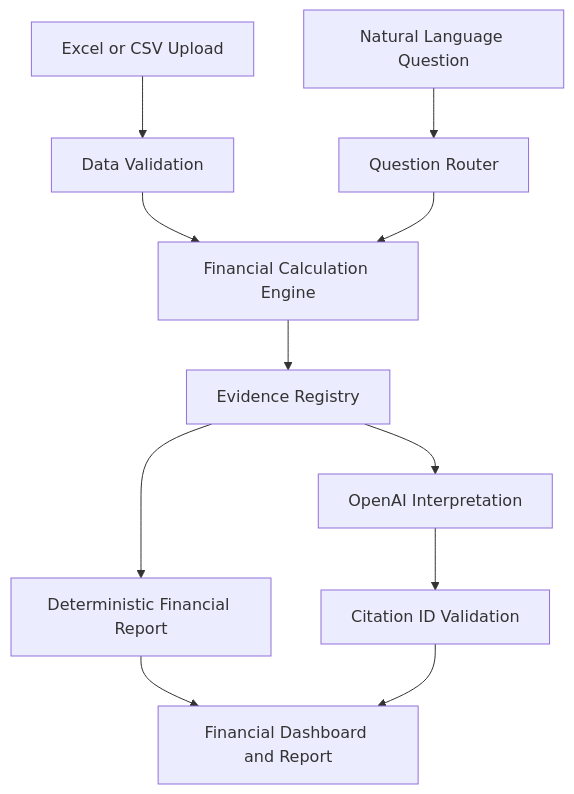
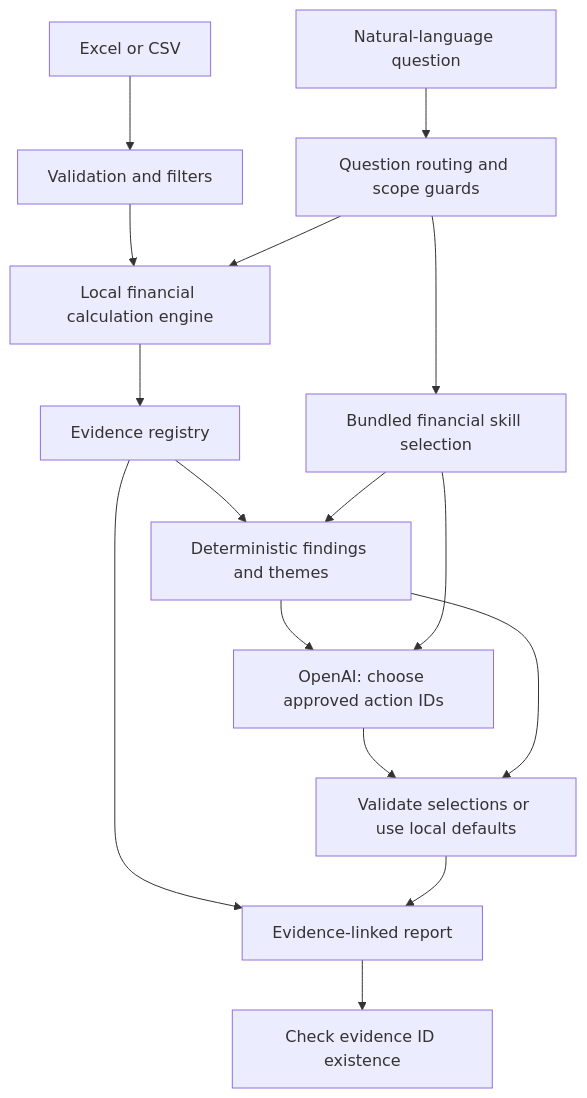
Before and after one commit to fanggmelvin/FinSight-AI: the diagram in README.md, drawn with Mermaid. The commit also changed other lines of this file, not shown here.

````diff
--- a/README.md
+++ b/README.md
@@ -48,13 +39,18 @@
 ```mermaid
 flowchart TD
-    A[Excel or CSV Upload] --> B[Data Validation]
-    B --> C[Financial Calculation Engine]
-    C --> D[Evidence Registry]
-    Q[Natural Language Question] --> R[Question Router]
+    A[Excel or CSV] --> B[Validation and filters]
+    Q[Natural-language question] --> R[Question routing and scope guards]
+    B --> C[Local financial calculation engine]
     R --> C
-    D --> E[Deterministic Financial Report]
-    D --> F[OpenAI Interpretation]
-    F --> G[Citation ID Validation]
-    E --> H[Financial Dashboard and Report]
-    G --> H
+    C --> D[Evidence registry]
+    R --> S[Bundled financial skill selection]
+    D --> T[Deterministic findings and themes]
+    S --> T
+    T --> M[OpenAI: choose approved action IDs]
+    S --> M
+    M --> V[Validate selections or use local defaults]
+    T --> V
+    D --> O[Evidence-linked report]
+    V --> O
+    O --> I[Check evidence ID existence]
 ```
````
